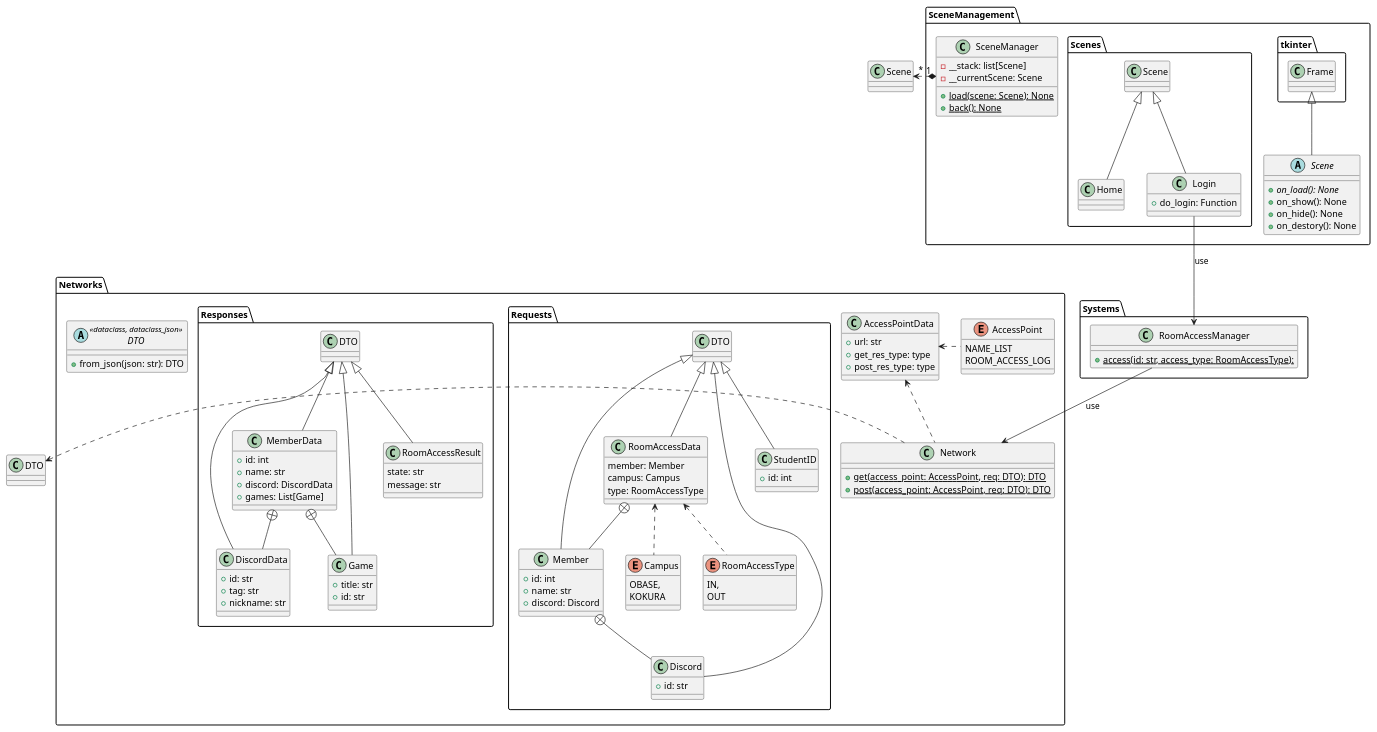
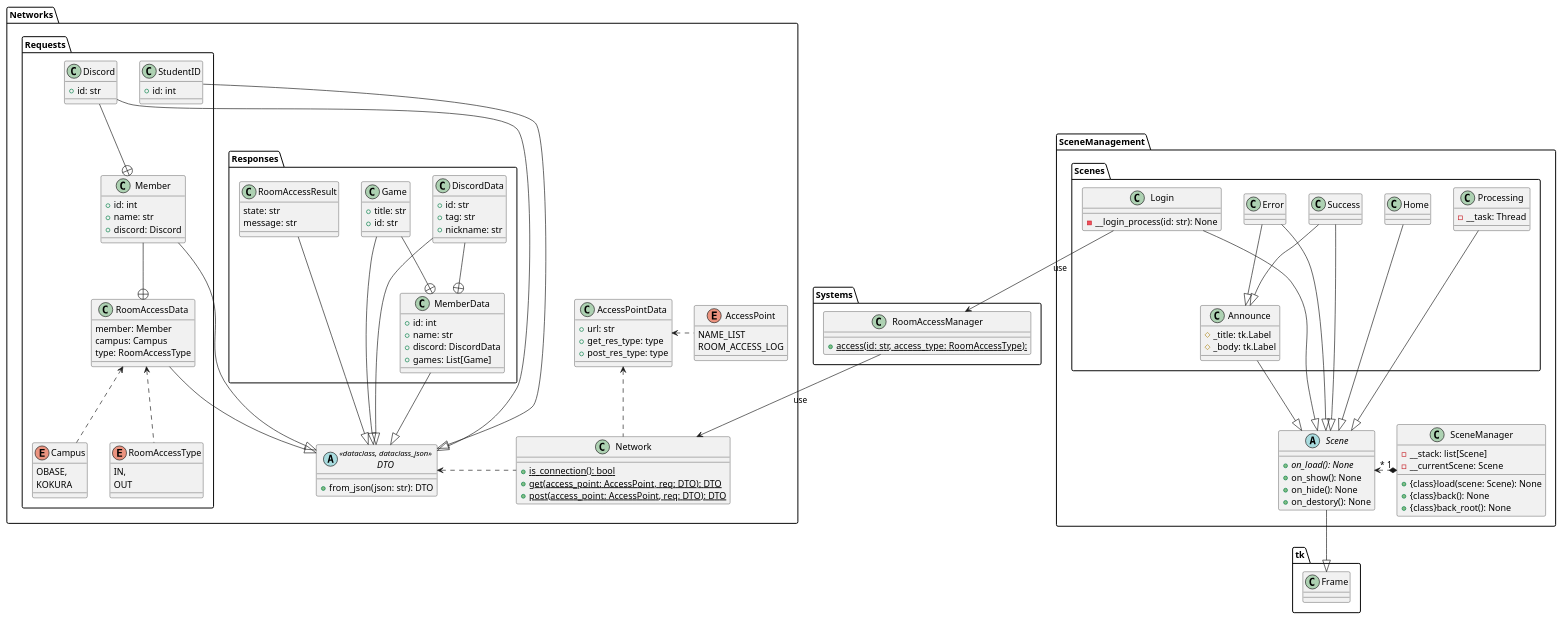
Before and after one commit to nmskm240/NITeRAS: the diagram in UMLs/Class Diagrams/All.pu, drawn with PlantUML.

Commit message:
uml update

```diff
--- a/UMLs/Class Diagrams/All.pu
+++ b/UMLs/Class Diagrams/All.pu
@@ -1,150 +1,182 @@
 @startuml AllClass
 
 package Networks
 {
     enum AccessPoint
     {
         NAME_LIST
         ROOM_ACCESS_LOG
     }
 
     class AccessPointData
     {
         +url: str
         +get_res_type: type
         +post_res_type: type
     }
 
     abstract DTO<<dataclass, dataclass_json>>
     {
         +from_json(json: str): DTO
     }
 
     class Network
     {
+        +{static}is_connection(): bool
         +{static}get(access_point: AccessPoint, req: DTO): DTO
         +{static}post(access_point: AccessPoint, req: DTO): DTO
     }
 
     package Requests
     {
         enum Campus
         {
             OBASE,
             KOKURA
         }
 
         enum RoomAccessType
         {
             IN,
             OUT
         }
 
-        class Discord extends DTO
+        class Discord 
         {
             +id: str
         }
 
-        class Member extends DTO
+        class Member 
         {
             +id: int
             +name: str
             +discord: Discord
         }
 
-        class RoomAccessData extends DTO
+        class RoomAccessData 
         {
             member: Member
             campus: Campus
             type: RoomAccessType
         }
 
-        class StudentID extends DTO
+        class StudentID 
         {
             +id: int
         }
     }
 
     package Responses
     {
-        class DiscordData extends DTO
+        class DiscordData 
         {
             +id: str
             +tag: str
             +nickname: str
         }
 
-        class Game extends DTO
+        class Game 
         {
             +title: str
             +id: str
         }
 
-        class MemberData extends DTO
+        class MemberData
         {
             +id: int
             +name: str
             +discord: DiscordData
             +games: List[Game]
         }
 
-        class RoomAccessResult extends DTO
+        class RoomAccessResult
         {
             state: str
             message: str
         }
     }
 }
 
 package SceneManagement
 {
     class SceneManager
     {
         -__stack: list[Scene]
         -__currentScene: Scene
-        +{static}load(scene: Scene): None
-        +{static}back(): None
+        +{class}load(scene: Scene): None
+        +{class}back(): None
+        +{class}back_root(): None
     }
 
-    abstract Scene extends tkinter.Frame
+    abstract Scene
     {
         +{abstract}on_load(): None
         +on_show(): None
         +on_hide(): None
         +on_destory(): None
     }
 
     package Scenes
     {
-        class Home extends Scene
-        class Login extends Scene
+        class Announce
         {
-            +do_login: Function
+            #_title: tk.Label
+            #_body: tk.Label
         }
+        class Error
+        class Home
+        class Login
+        {
+            -__login_process(id: str): None
+        }
+        class Processing
+        {
+            -__task: Thread
+        }
+        class Success
     }
 }
 package Systems
 {
     class RoomAccessManager
     {
         +{static}access(id: str, access_type: RoomAccessType): 
     }
 }
 
+Scene --|> tk.Frame
+Announce --|> Scene
+Error --|> Scene
+Home --|> Scene
+Login --|> Scene
+Processing --|> Scene
+Success --|> Scene
+Error --|> Announce
+Success --|> Announce
+
+RoomAccessData --|> DTO
+StudentID --|> DTO
+MemberData --|> DTO
+DiscordData --|> DTO
+Game --|> DTO
+RoomAccessResult --|> DTO
+Member --|> DTO
+Discord --|> DTO
+
 Network .left.> DTO
 Network .up.> AccessPointData
 AccessPoint .left.> AccessPointData
 RoomAccessType .up.> RoomAccessData
 Campus .up.> RoomAccessData
 
 SceneManager "1" *.left.> "*" Scene
 
-Game -up-+ MemberData
-DiscordData -up-+ MemberData
-Member -up-+ RoomAccessData
-Discord -up-+ Member
+Game --+ MemberData
+DiscordData --+ MemberData
+Member --+ RoomAccessData
+Discord --+ Member
 
 Login --> RoomAccessManager : use
 RoomAccessManager --> Network : use
 
 @enduml
```
